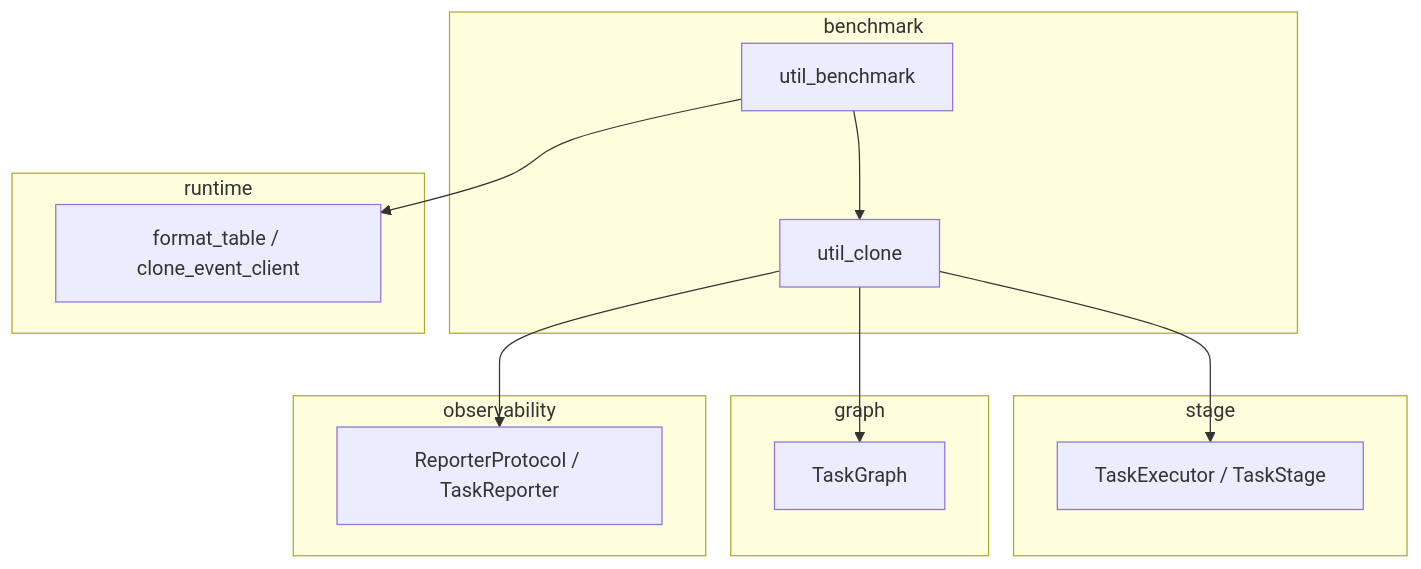
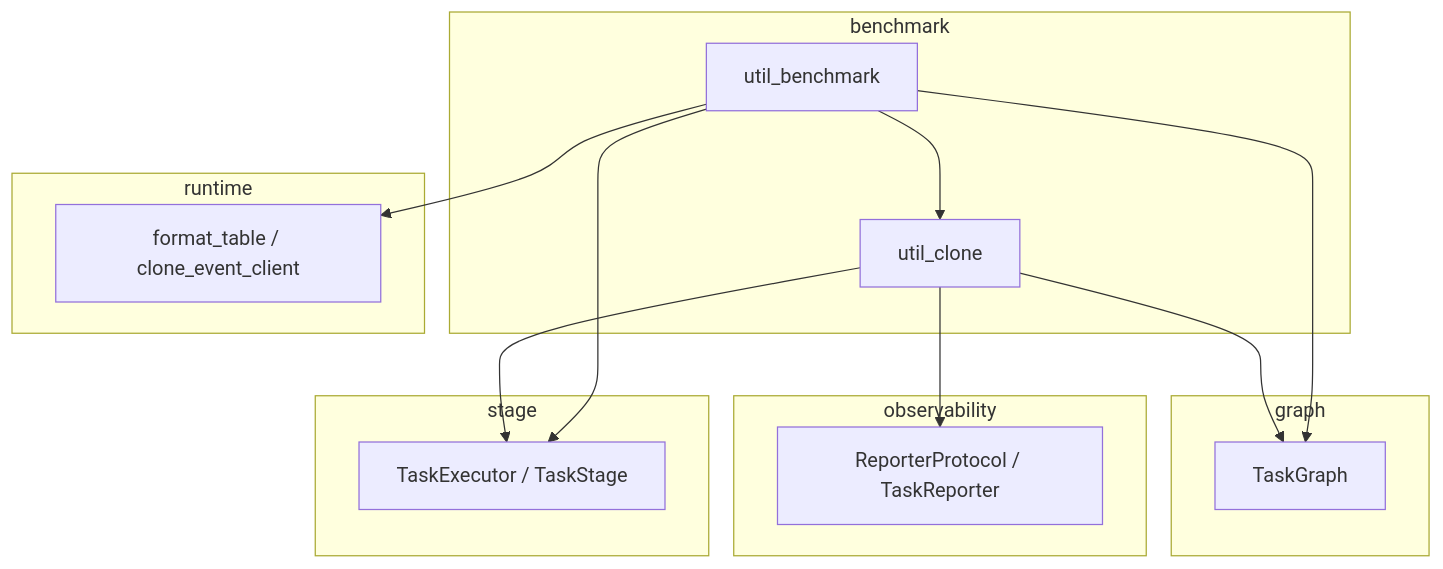
Before and after one commit to Mr-xiaotian/CelestialFlow: the diagram in docs/zh-CN/src/benchmark/__init__.md, drawn with Mermaid. The commit also changed other lines of this file and 71 other files, not shown here.

````diff
--- a/docs/zh-CN/src/benchmark/__init__.md
+++ b/docs/zh-CN/src/benchmark/__init__.md
@@ -53,29 +56,31 @@
 ```mermaid
 graph TD
     subgraph benchmark
         UB["util_benchmark"]
         UC["util_clone"]
     end
 
     subgraph stage
         S["TaskExecutor / TaskStage"]
     end
 
     subgraph graph
         G["TaskGraph"]
     end
 
     subgraph runtime
         R["format_table / clone_event_client"]
     end
 
     subgraph observability
         O["ReporterProtocol / TaskReporter"]
     end
 
     UB --> UC
+    UB --> S
+    UB --> G
     UB --> R
     UC --> S
     UC --> G
     UC --> O
 ```
````
